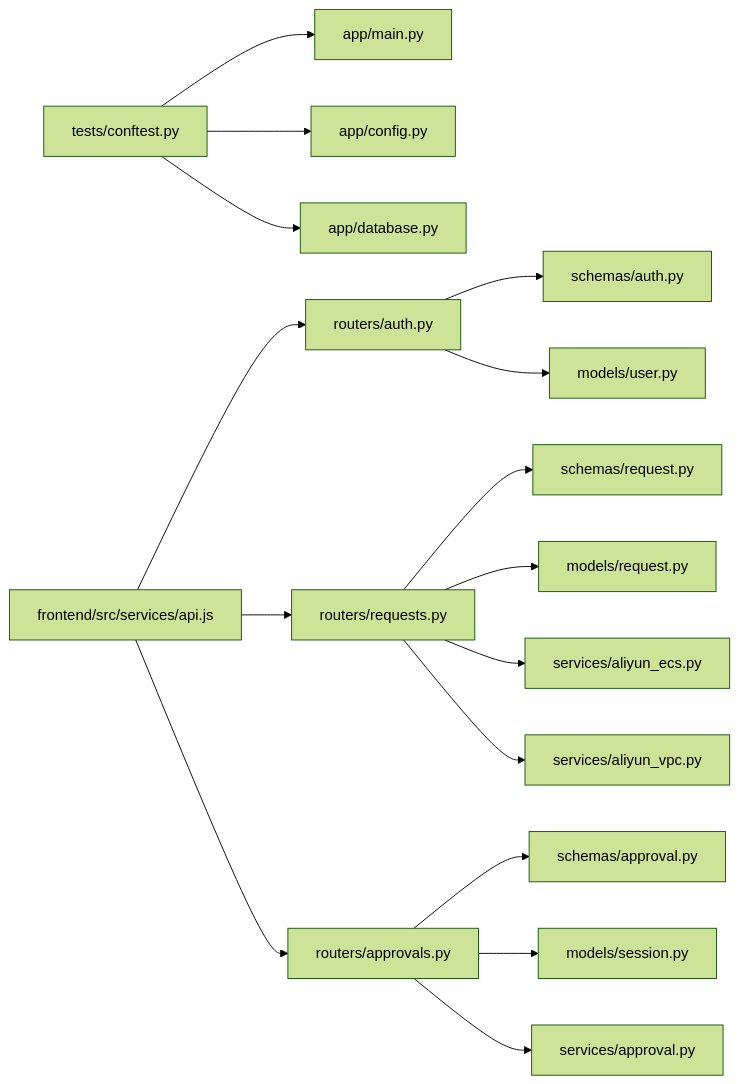
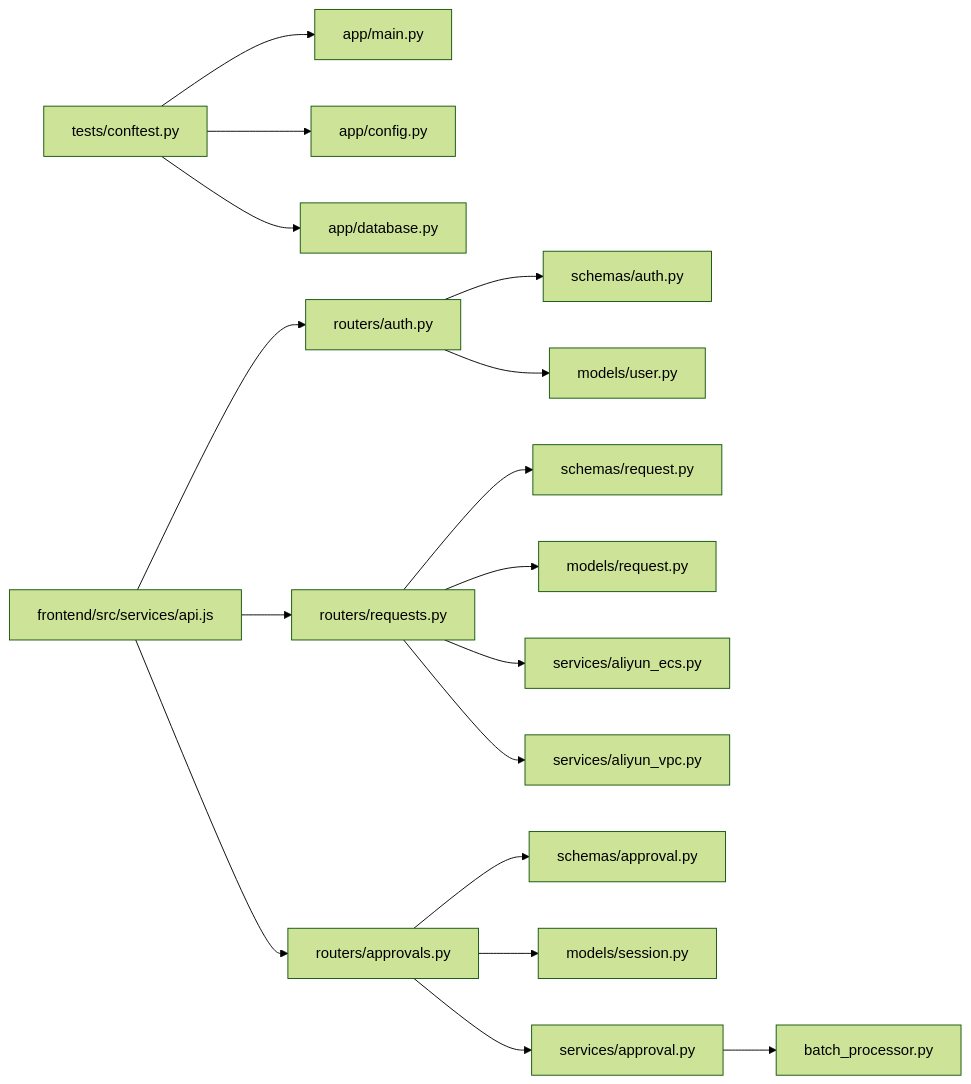
Before and after one commit to 14Lucifer/hackathon_ecs_creator: the fifth of 5 diagrams in .qoder/repowiki/en/content/Testing Strategy.md, drawn with Mermaid (forest theme). The commit also changed other lines of this file and 96 other files, not shown here.

````diff
--- a/.qoder/repowiki/en/content/Testing Strategy.md
+++ b/.qoder/repowiki/en/content/Testing Strategy.md
@@ -295,18 +394,19 @@
 ```mermaid
 graph LR
 Conftest["tests/conftest.py"] --> Main["app/main.py"]
 Conftest --> Config["app/config.py"]
 Conftest --> Database["app/database.py"]
 RouterAuth["routers/auth.py"] --> SchemaAuth["schemas/auth.py"]
 RouterRequests["routers/requests.py"] --> SchemaRequest["schemas/request.py"]
 RouterApprovals["routers/approvals.py"] --> SchemaApproval["schemas/approval.py"]
 RouterAuth --> ModelUser["models/user.py"]
 RouterRequests --> ModelRequest["models/request.py"]
 RouterApprovals --> ModelSession["models/session.py"]
 RouterRequests --> ServiceAliyunECS["services/aliyun_ecs.py"]
 RouterRequests --> ServiceAliyunVPC["services/aliyun_vpc.py"]
 RouterApprovals --> ServiceApproval["services/approval.py"]
+ServiceApproval --> BatchProcessor["batch_processor.py"]
 FE_API["frontend/src/services/api.js"] --> RouterAuth
 FE_API --> RouterRequests
 FE_API --> RouterApprovals
 ```
````
